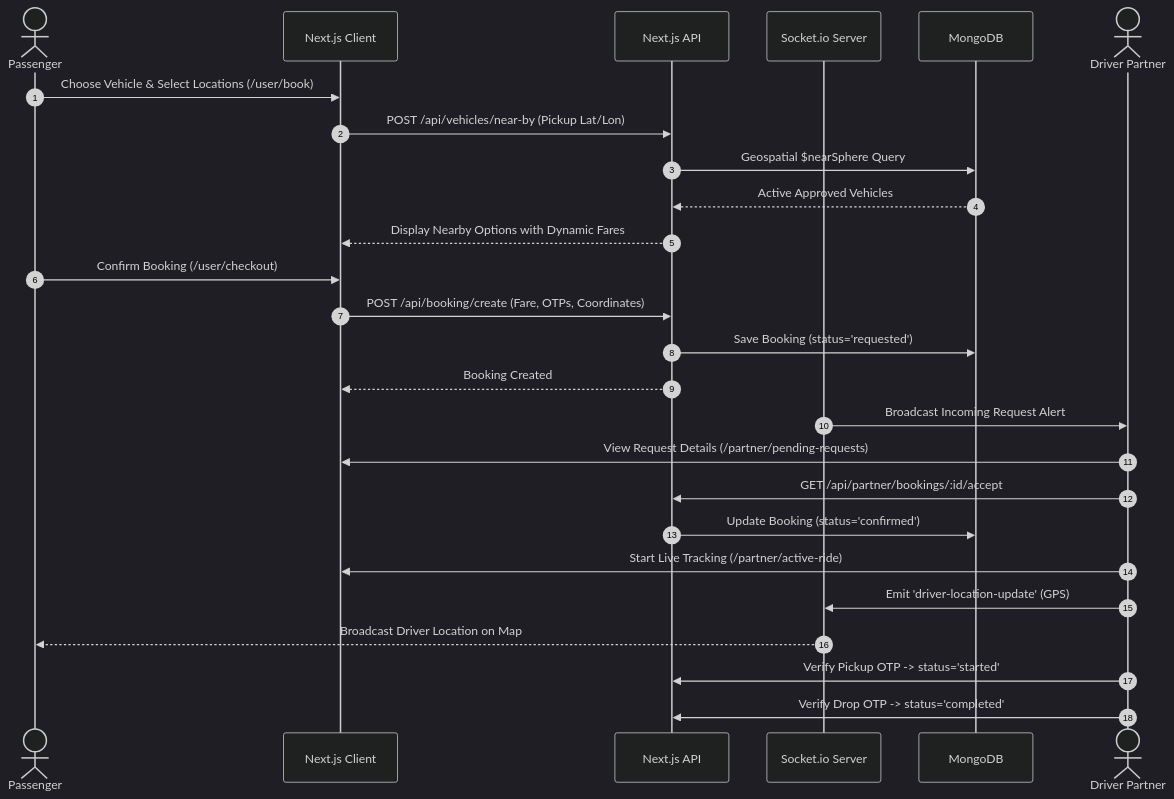
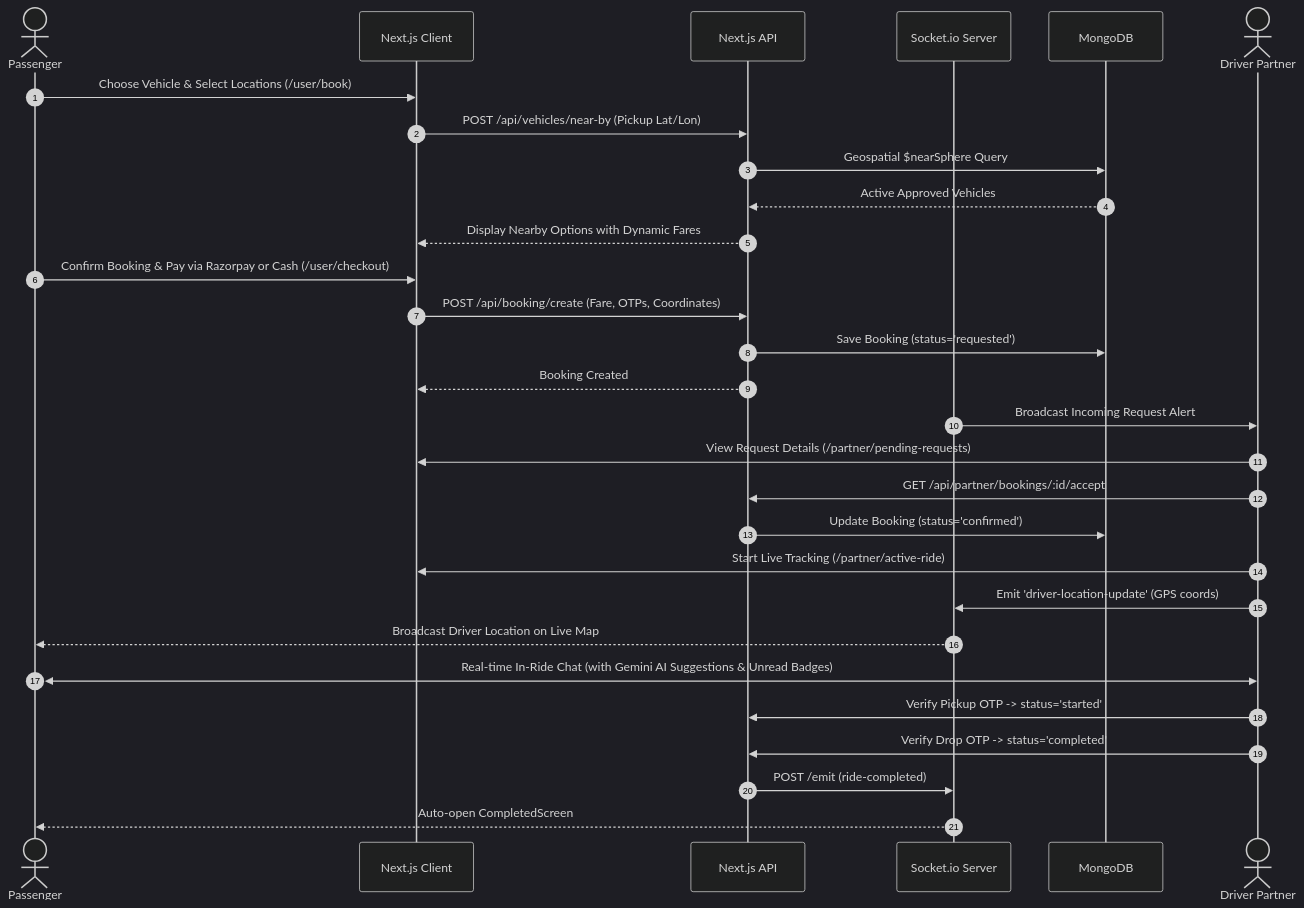
Before and after one commit to AkashGautam-27/Raahi: the first of 2 diagrams in README.md, drawn with Mermaid (dark theme). The commit also changed other lines of this file, not shown here.

````diff
--- a/README.md
+++ b/README.md
@@ -171,33 +198,37 @@
 ```mermaid
 sequenceDiagram
     autonumber
     actor User as Passenger
     participant App as Next.js Client
     participant API as Next.js API
     participant Socket as Socket.io Server
     participant DB as MongoDB
     actor Partner as Driver Partner
 
     User->>App: Choose Vehicle & Select Locations (/user/book)
     App->>API: POST /api/vehicles/near-by (Pickup Lat/Lon)
     API->>DB: Geospatial $nearSphere Query
     DB-->>API: Active Approved Vehicles
     API-->>App: Display Nearby Options with Dynamic Fares
 
-    User->>App: Confirm Booking (/user/checkout)
+    User->>App: Confirm Booking & Pay via Razorpay or Cash (/user/checkout)
     App->>API: POST /api/booking/create (Fare, OTPs, Coordinates)
     API->>DB: Save Booking (status='requested')
     API-->>App: Booking Created
 
     Socket->>Partner: Broadcast Incoming Request Alert
     Partner->>App: View Request Details (/partner/pending-requests)
     Partner->>API: GET /api/partner/bookings/:id/accept
     API->>DB: Update Booking (status='confirmed')
     
     Partner->>App: Start Live Tracking (/partner/active-ride)
-    Partner->>Socket: Emit 'driver-location-update' (GPS)
-    Socket-->>User: Broadcast Driver Location on Map
+    Partner->>Socket: Emit 'driver-location-update' (GPS coords)
+    Socket-->>User: Broadcast Driver Location on Live Map
+    
+    User<<->>Partner: Real-time In-Ride Chat (with Gemini AI Suggestions & Unread Badges)
     
     Partner->>API: Verify Pickup OTP -> status='started'
     Partner->>API: Verify Drop OTP -> status='completed'
+    API->>Socket: POST /emit (ride-completed)
+    Socket-->>User: Auto-open CompletedScreen
 ```
````
